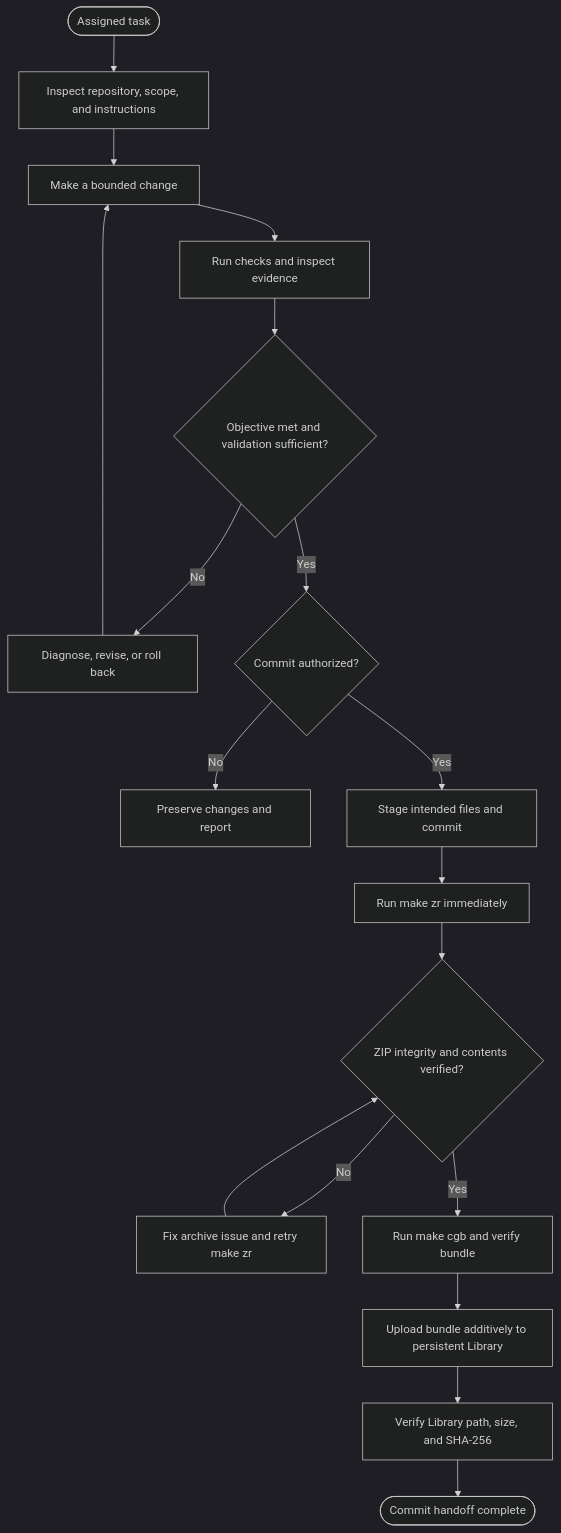
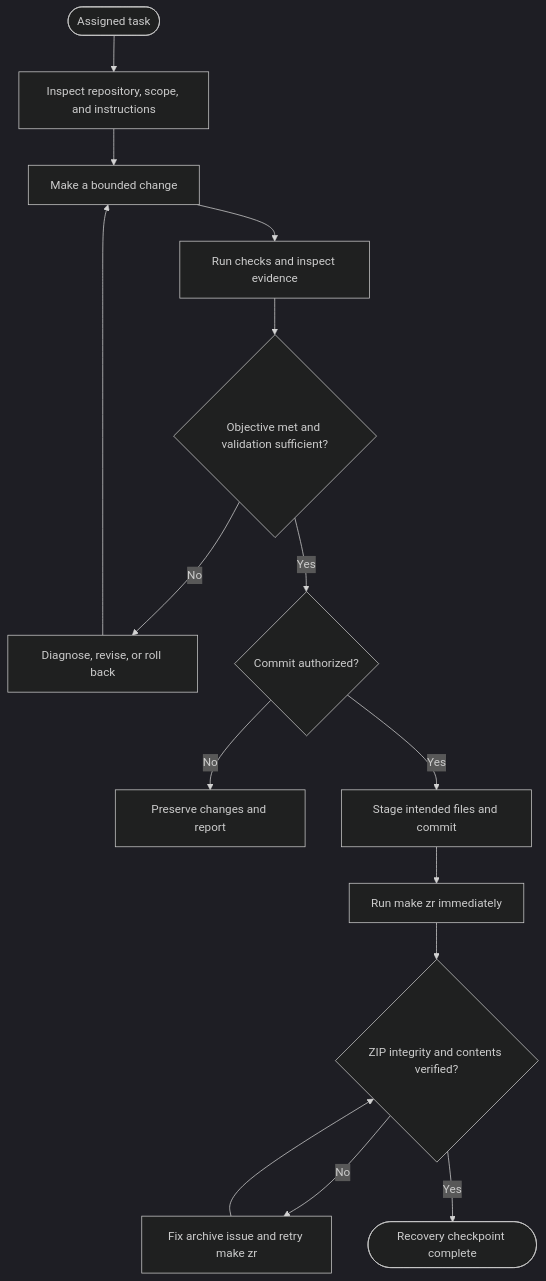
Before and after one commit to TheInternetTutor/trading_intel: the first of 2 diagrams in README.md, drawn with Mermaid (dark theme). The commit also changed other lines of this file and 5 other files, not shown here.

````diff
--- a/README.md
+++ b/README.md
@@ -18,20 +18,17 @@
 ```mermaid
 flowchart TD
     A([Assigned task]) --> B[Inspect repository, scope, and instructions]
     B --> C[Make a bounded change]
     C --> D[Run checks and inspect evidence]
     D --> E{Objective met and validation sufficient?}
     E -- No --> F[Diagnose, revise, or roll back]
     F --> C
     E -- Yes --> G{Commit authorized?}
     G -- No --> H[Preserve changes and report]
     G -- Yes --> I[Stage intended files and commit]
     I --> J[Run make zr immediately]
     J --> K{ZIP integrity and contents verified?}
     K -- No --> L[Fix archive issue and retry make zr]
     L --> K
-    K -- Yes --> M[Run make cgb and verify bundle]
-    M --> N[Upload bundle additively to persistent Library]
-    N --> O[Verify Library path, size, and SHA-256]
-    O --> P([Commit handoff complete])
+    K -- Yes --> M([Recovery checkpoint complete])
 ```
````
